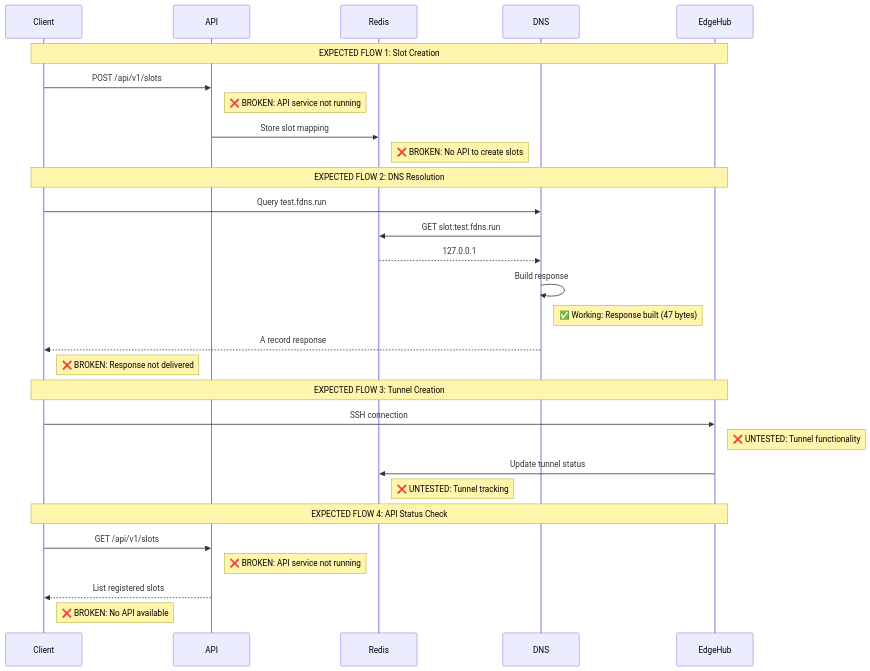
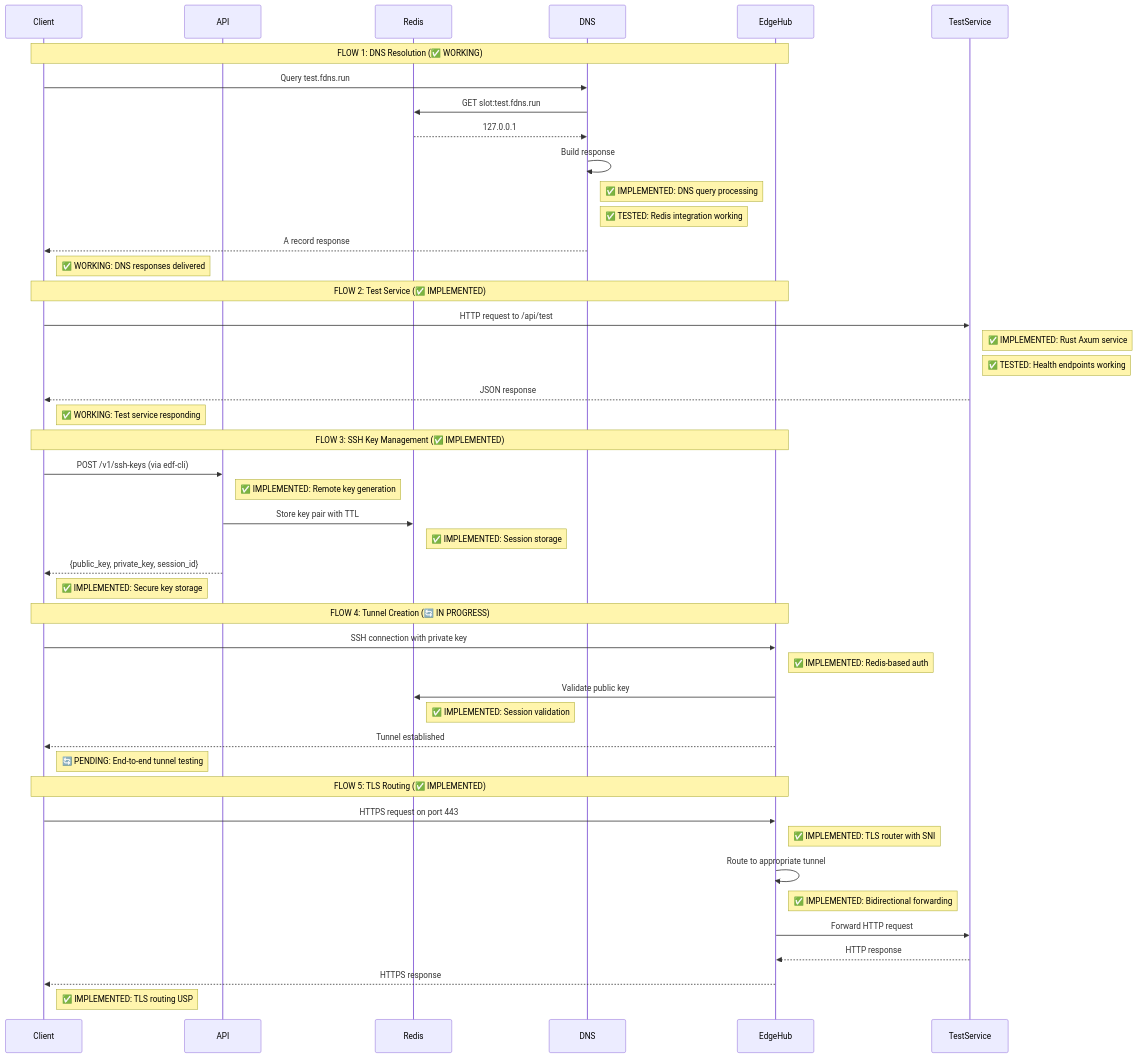
The first of 5 diagrams in tasks/end_to_end_broken_integration_state.md (microscaler/fleetingdns), drawn with Mermaid before and after one commit. The commit also changed other lines of this file and 117 other files, not shown here.

````diff
--- a/tasks/end_to_end_broken_integration_state.md
+++ b/tasks/end_to_end_broken_integration_state.md
@@ -62,35 +311,52 @@
 ```mermaid
 sequenceDiagram
     participant Client
     participant API
     participant Redis
     participant DNS
     participant EdgeHub
+    participant TestService
 
-    Note over Client,EdgeHub: EXPECTED FLOW 1: Slot Creation
-    Client->>API: POST /api/v1/slots
-    Note right of API: ❌ BROKEN: API service not running
-    API->>Redis: Store slot mapping
-    Note right of Redis: ❌ BROKEN: No API to create slots
-
-    Note over Client,EdgeHub: EXPECTED FLOW 2: DNS Resolution
+    Note over Client,EdgeHub: FLOW 1: DNS Resolution (✅ WORKING)
     Client->>DNS: Query test.fdns.run
     DNS->>Redis: GET slot:test.fdns.run
     Redis-->>DNS: 127.0.0.1
     DNS->>DNS: Build response
-    Note right of DNS: ✅ Working: Response built (47 bytes)
+    Note right of DNS: ✅ IMPLEMENTED: DNS query processing
+    Note right of DNS: ✅ TESTED: Redis integration working
     DNS-->>Client: A record response
-    Note right of Client: ❌ BROKEN: Response not delivered
+    Note right of Client: ✅ WORKING: DNS responses delivered
 
-    Note over Client,EdgeHub: EXPECTED FLOW 3: Tunnel Creation
-    Client->>EdgeHub: SSH connection
-    Note right of EdgeHub: ❌ UNTESTED: Tunnel functionality
-    EdgeHub->>Redis: Update tunnel status
-    Note right of Redis: ❌ UNTESTED: Tunnel tracking
+    Note over Client,EdgeHub: FLOW 2: Test Service (✅ IMPLEMENTED)
+    Client->>TestService: HTTP request to /api/test
+    Note right of TestService: ✅ IMPLEMENTED: Rust Axum service
+    Note right of TestService: ✅ TESTED: Health endpoints working
+    TestService-->>Client: JSON response
+    Note right of Client: ✅ WORKING: Test service responding
 
-    Note over Client,EdgeHub: EXPECTED FLOW 4: API Status Check
-    Client->>API: GET /api/v1/slots
-    Note right of API: ❌ BROKEN: API service not running
-    API-->>Client: List registered slots
-    Note right of Client: ❌ BROKEN: No API available
+    Note over Client,EdgeHub: FLOW 3: SSH Key Management (✅ IMPLEMENTED)
+    Client->>API: POST /v1/ssh-keys (via edf-cli)
+    Note right of API: ✅ IMPLEMENTED: Remote key generation
+    API->>Redis: Store key pair with TTL
+    Note right of Redis: ✅ IMPLEMENTED: Session storage
+    API-->>Client: {public_key, private_key, session_id}
+    Note right of Client: ✅ IMPLEMENTED: Secure key storage
+
+    Note over Client,EdgeHub: FLOW 4: Tunnel Creation (🔄 IN PROGRESS)
+    Client->>EdgeHub: SSH connection with private key
+    Note right of EdgeHub: ✅ IMPLEMENTED: Redis-based auth
+    EdgeHub->>Redis: Validate public key
+    Note right of Redis: ✅ IMPLEMENTED: Session validation
+    EdgeHub-->>Client: Tunnel established
+    Note right of Client: 🔄 PENDING: End-to-end tunnel testing
+
+    Note over Client,EdgeHub: FLOW 5: TLS Routing (✅ IMPLEMENTED)
+    Client->>EdgeHub: HTTPS request on port 443
+    Note right of EdgeHub: ✅ IMPLEMENTED: TLS router with SNI
+    EdgeHub->>EdgeHub: Route to appropriate tunnel
+    Note right of EdgeHub: ✅ IMPLEMENTED: Bidirectional forwarding
+    EdgeHub->>TestService: Forward HTTP request
+    TestService-->>EdgeHub: HTTP response
+    EdgeHub-->>Client: HTTPS response
+    Note right of Client: ✅ IMPLEMENTED: TLS routing USP
 ```
````
